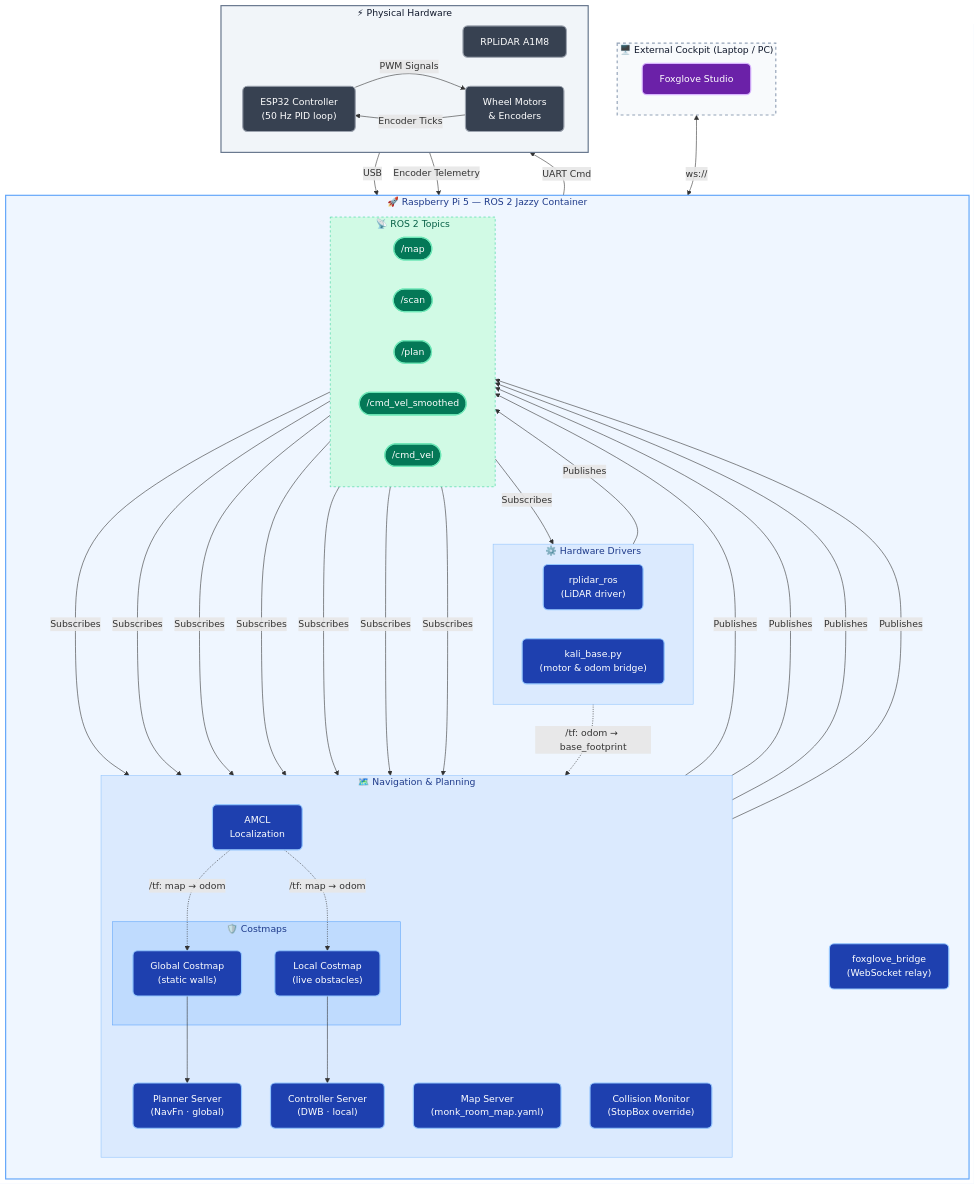
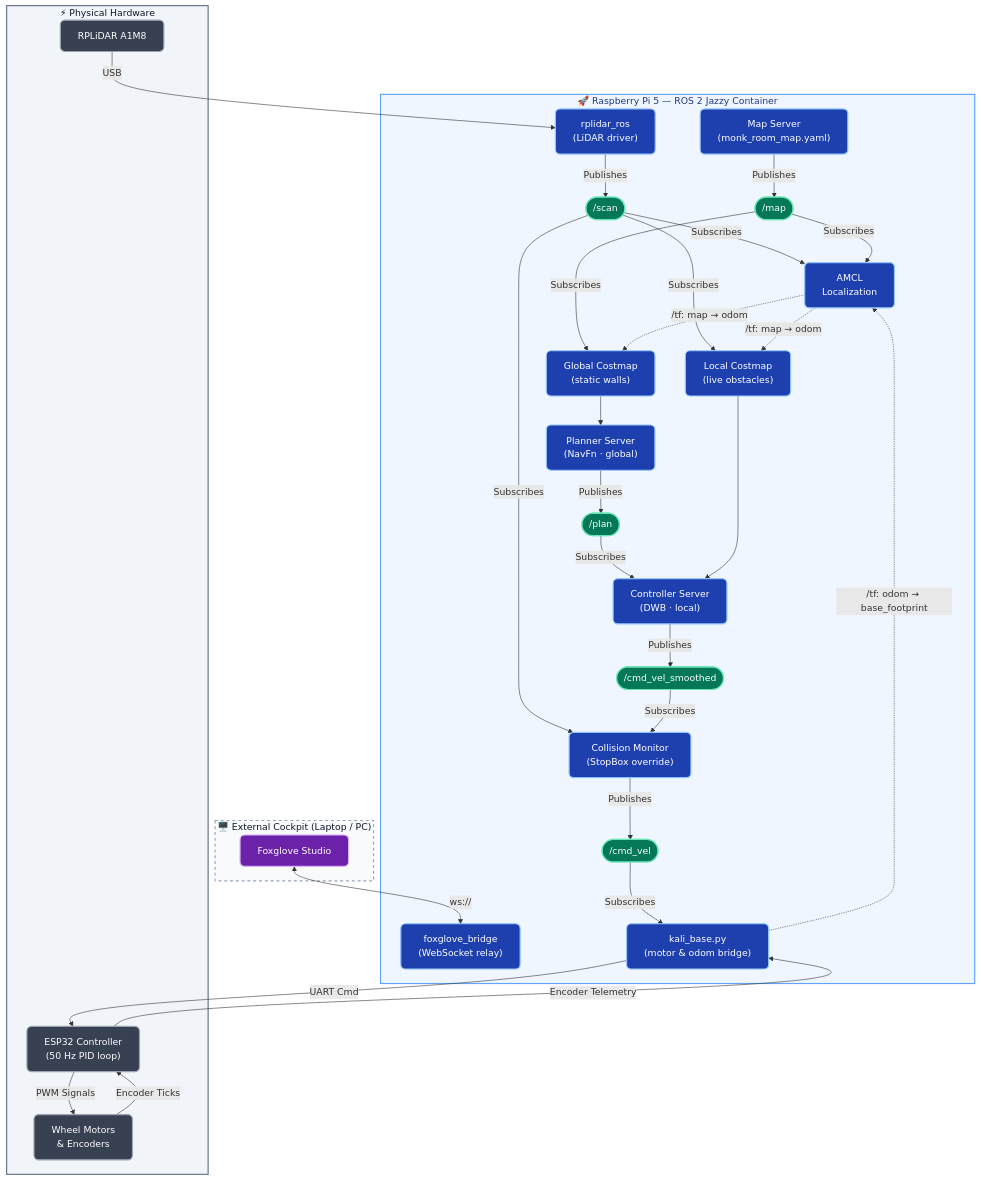
The diagram in README.md (harshagm665-netizen/amr-nav-stack), drawn with Mermaid before and after one commit.

Commit message:
docs: fix mermaid layout by removing nested subgraphs

````diff
--- a/README.md
+++ b/README.md
@@ -41,50 +41,36 @@
 
     %% Cockpit Environment
     subgraph Cockpit ["🖥️ External Cockpit (Laptop / PC)"]
-        direction LR
         Studio["Foxglove Studio"]:::cockpit
     end
 
     %% Raspberry Pi Environment
     subgraph Pi ["🚀 Raspberry Pi 5 — ROS 2 Jazzy Container"]
-        direction TB
         Bridge["foxglove_bridge<br/>(WebSocket relay)"]:::rosnode
-
-        subgraph Navigation ["🗺️ Navigation & Planning"]
-            direction TB
-            MapSrv["Map Server<br/>(monk_room_map.yaml)"]:::rosnode
-            AMCL["AMCL<br/>Localization"]:::rosnode
-            
-            subgraph Costmaps ["🛡️ Costmaps"]
-                GCost["Global Costmap<br/>(static walls)"]:::rosnode
-                LCost["Local Costmap<br/>(live obstacles)"]:::rosnode
-            end
-            
-            Planner["Planner Server<br/>(NavFn · global)"]:::rosnode
-            Ctrl["Controller Server<br/>(DWB · local)"]:::rosnode
-            CollMon["Collision Monitor<br/>(StopBox override)"]:::rosnode
-        end
-
-        subgraph Drivers ["⚙️ Hardware Drivers"]
-            direction LR
-            LidarDrv["rplidar_ros<br/>(LiDAR driver)"]:::rosnode
-            Base["kali_base.py<br/>(motor & odom bridge)"]:::rosnode
-        end
+        
+        MapSrv["Map Server<br/>(monk_room_map.yaml)"]:::rosnode
+        AMCL["AMCL<br/>Localization"]:::rosnode
+        
+        GCost["Global Costmap<br/>(static walls)"]:::rosnode
+        LCost["Local Costmap<br/>(live obstacles)"]:::rosnode
+        
+        Planner["Planner Server<br/>(NavFn · global)"]:::rosnode
+        Ctrl["Controller Server<br/>(DWB · local)"]:::rosnode
+        CollMon["Collision Monitor<br/>(StopBox override)"]:::rosnode
+        
+        Base["kali_base.py<br/>(motor & odom bridge)"]:::rosnode
+        LidarDrv["rplidar_ros<br/>(LiDAR driver)"]:::rosnode
         
         %% Topics as Hubs
-        subgraph Topics ["📡 ROS 2 Topics"]
-            direction LR
-            T_Map(["/map"]):::topic
-            T_Scan(["/scan"]):::topic
-            T_Plan(["/plan"]):::topic
-            T_Smooth(["/cmd_vel_smoothed"]):::topic
-            T_Cmd(["/cmd_vel"]):::topic
-        end
+        T_Map(["/map"]):::topic
+        T_Scan(["/scan"]):::topic
+        T_Plan(["/plan"]):::topic
+        T_Smooth(["/cmd_vel_smoothed"]):::topic
+        T_Cmd(["/cmd_vel"]):::topic
     end
 
     %% Hardware Environment
     subgraph HW ["⚡ Physical Hardware"]
-        direction LR
         RPLIDAR["RPLiDAR A1M8"]:::hardware
         ESP32["ESP32 Controller<br/>(50 Hz PID loop)"]:::hardware
         Motors["Wheel Motors<br/>& Encoders"]:::hardware
@@ -138,8 +124,4 @@
     style Cockpit fill:#F8FAFC,stroke:#94A3B8,stroke-width:2px,stroke-dasharray: 5 5,color:#0F172A
     style Pi fill:#EFF6FF,stroke:#60A5FA,stroke-width:2px,color:#1E3A8A
     style HW fill:#F1F5F9,stroke:#64748B,stroke-width:2px,color:#0F172A
-    style Navigation fill:#DBEAFE,stroke:#93C5FD,stroke-width:1px,color:#1E3A8A
-    style Costmaps fill:#BFDBFE,stroke:#60A5FA,stroke-width:1px,color:#1E3A8A
-    style Drivers fill:#DBEAFE,stroke:#93C5FD,stroke-width:1px,color:#1E3A8A
-    style Topics fill:#D1FAE5,stroke:#34D399,stroke-width:1px,stroke-dasharray: 4 4,color:#065F46
 ```
````
